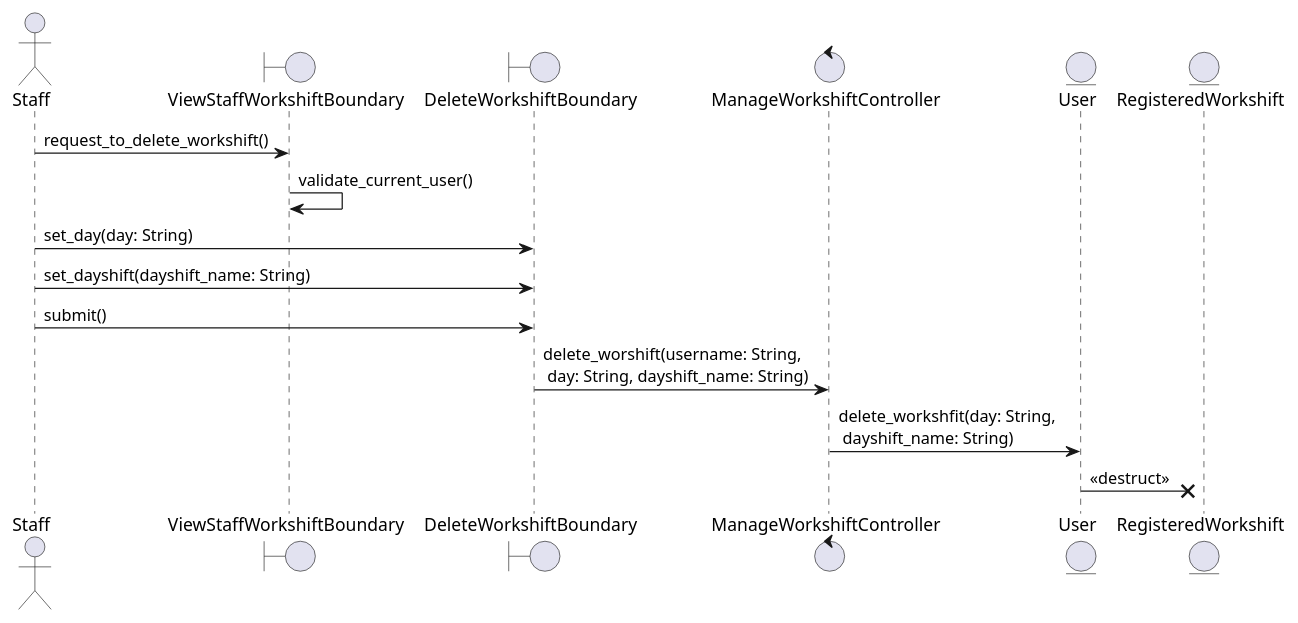
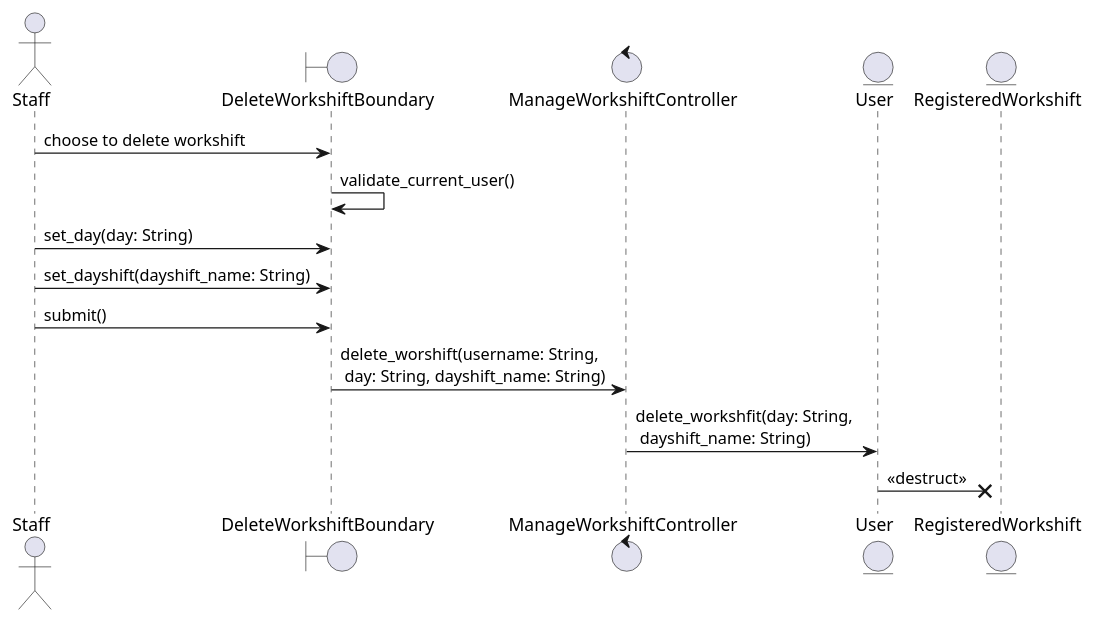
One commit to LapTQ/MCT changed the diagram in docs/UML/Sequence Diagrams/delete-workshift.pu. Above: the diagram before and after it, drawn with PlantUML. The commit also changed 58 other files, not shown here.

Commit message:
update UML

```diff
--- a/docs/UML/Sequence Diagrams/delete-workshift.pu
+++ b/docs/UML/Sequence Diagrams/delete-workshift.pu
@@ -1,20 +1,19 @@
 @startuml
 
 actor Staff as A
-boundary ViewStaffWorkshiftBoundary as B1
 boundary DeleteWorkshiftBoundary as B2
 control ManageWorkshiftController as C
 entity User as E3
 entity RegisteredWorkshift as E2
 
-A -> B1: request_to_delete_workshift()
-B1 -> B1: validate_current_user()
+A -> B2: choose to delete workshift
+B2 -> B2: validate_current_user()
 A -> B2: set_day(day: String)
 A -> B2: set_dayshift(dayshift_name: String)
 A -> B2: submit()
 B2 -> C: delete_worshift(username: String, \n day: String, dayshift_name: String)
 C -> E3: delete_workshfit(day: String, \n dayshift_name: String)
 E3 ->x E2: <<destruct>>
 
 
 @enduml
```
